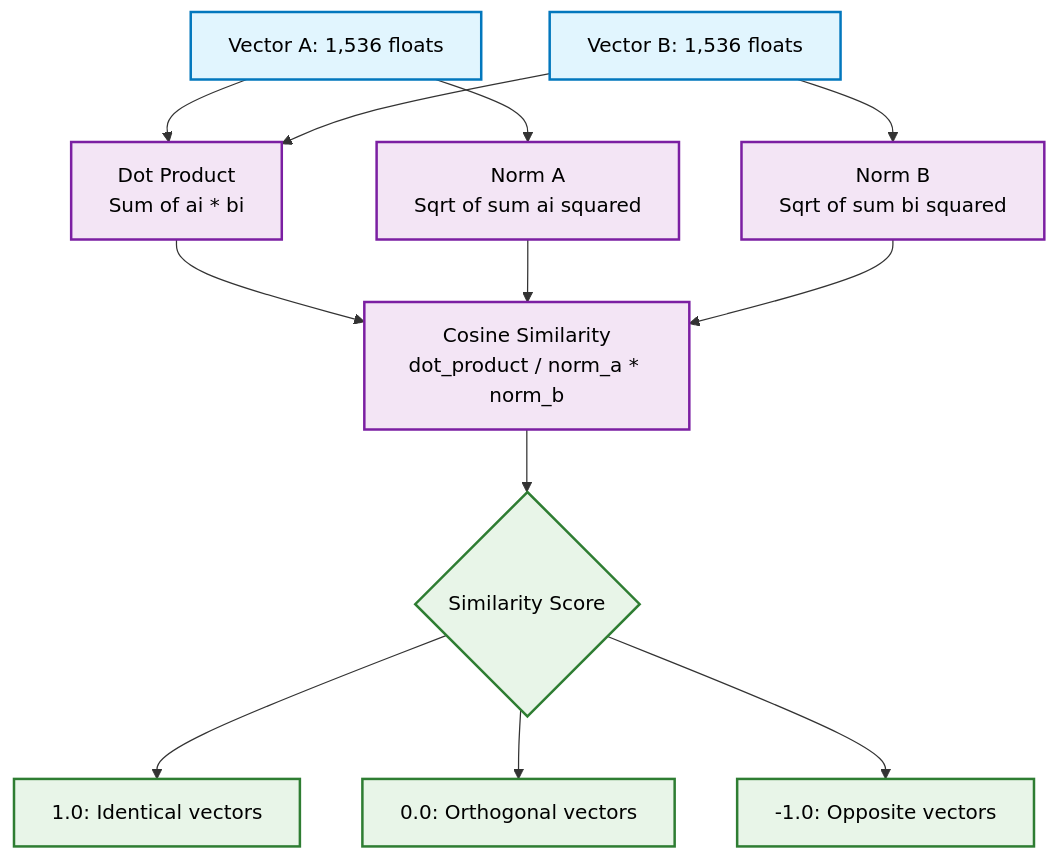
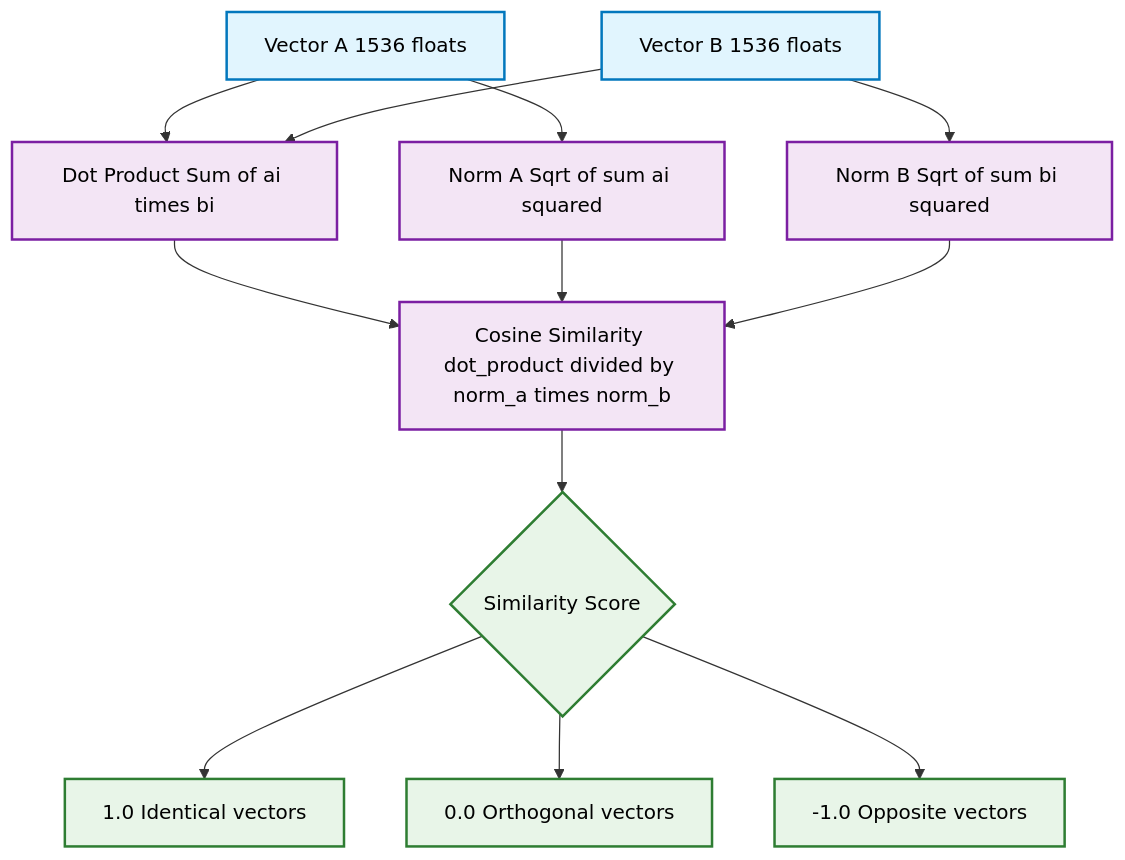
The second of 16 diagrams in 02_Embeddings_and_RAG/Understanding_Pythonic_RAG.md (ovokpus/AIE8), drawn with Mermaid before and after one commit. The commit also changed other lines of this file, not shown here.

Commit message:
fixed mermaid

````diff
--- a/02_Embeddings_and_RAG/Understanding_Pythonic_RAG.md
+++ b/02_Embeddings_and_RAG/Understanding_Pythonic_RAG.md
@@ -107,25 +102,25 @@
 ```mermaid
 flowchart TD
-    A[Vector A: 1,536 floats] --> D[Dot Product<br/>Sum of ai * bi]
-    B[Vector B: 1,536 floats] --> D
-    A --> E[Norm A<br/>Sqrt of sum ai squared]
-    B --> F[Norm B<br/>Sqrt of sum bi squared]
+    A["Vector A 1536 floats"] --> D["Dot Product Sum of ai times bi"]
+    B["Vector B 1536 floats"] --> D
+    A --> E["Norm A Sqrt of sum ai squared"]
+    B --> F["Norm B Sqrt of sum bi squared"]
     
-    D --> G[Cosine Similarity<br/>dot_product / norm_a * norm_b]
+    D --> G["Cosine Similarity dot_product divided by norm_a times norm_b"]
     E --> G
     F --> G
     
-    G --> H{Similarity Score}
-    H --> I[1.0: Identical vectors]
-    H --> J[0.0: Orthogonal vectors]
-    H --> K[-1.0: Opposite vectors]
+    G --> H{"Similarity Score"}
+    H --> I["1.0 Identical vectors"]
+    H --> J["0.0 Orthogonal vectors"]
+    H --> K["-1.0 Opposite vectors"]
     
     classDef default fill:#f9f9f9,stroke:#333,stroke-width:2px,color:#000000
     classDef vector fill:#e1f5fe,stroke:#0277bd,stroke-width:2px,color:#000000
     classDef math fill:#f3e5f5,stroke:#7b1fa2,stroke-width:2px,color:#000000
     classDef result fill:#e8f5e8,stroke:#2e7d32,stroke-width:2px,color:#000000
     
     class A,B vector
     class D,E,F,G math
     class H,I,J,K result
 ```
````
